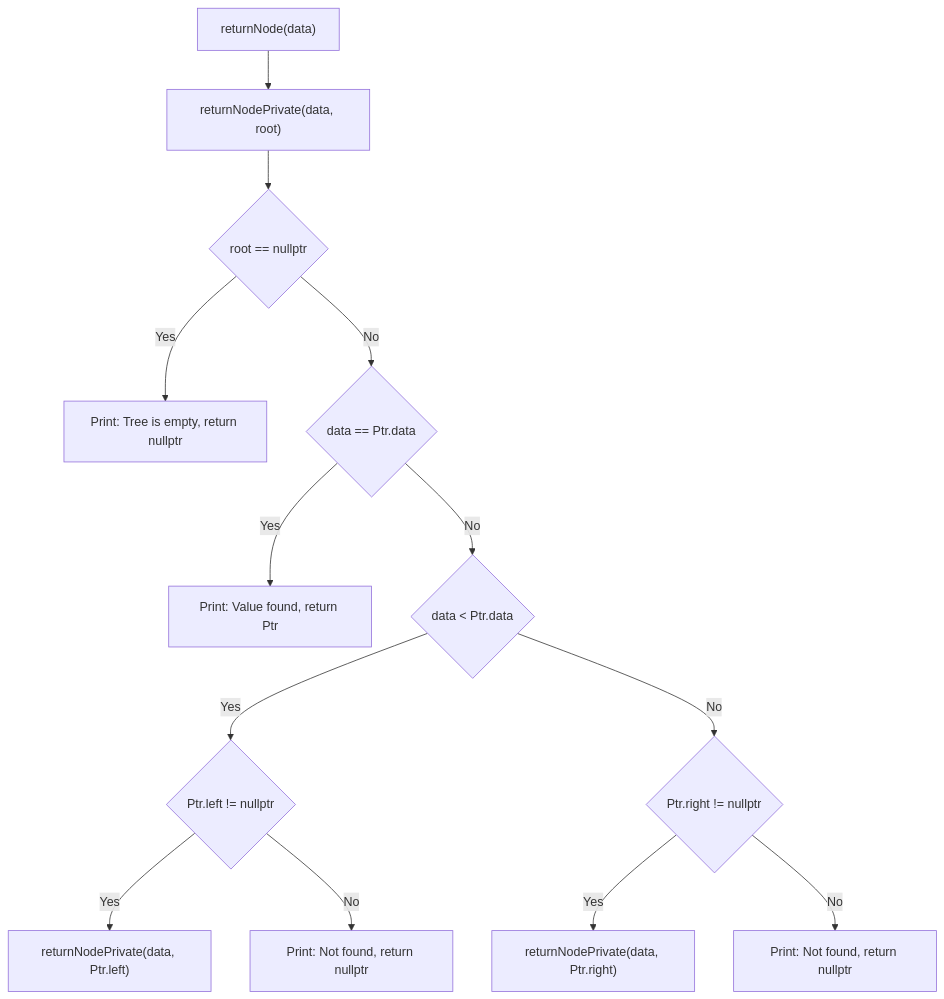
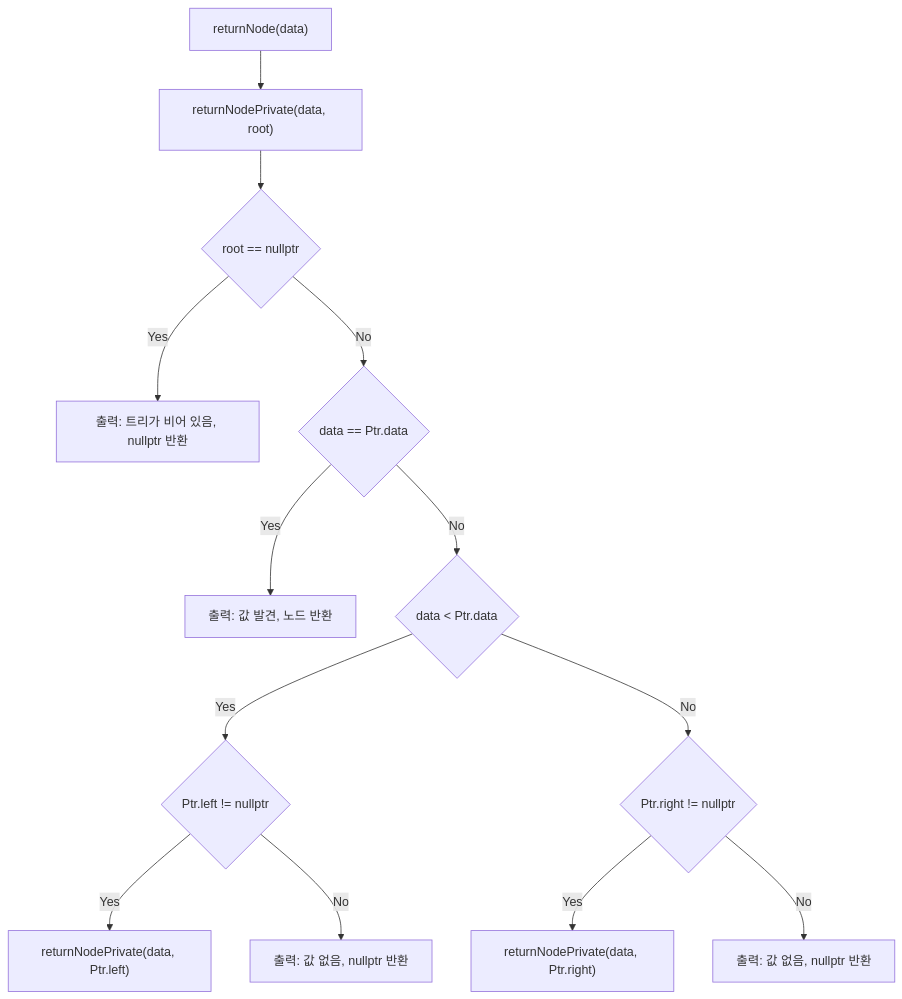
Before and after one commit to kyungsikjeung/cpptutorial: the fourth of 4 diagrams in BinarySearchTree02/README.MD, drawn with Mermaid. The commit also changed other lines of this file, not shown here.

````diff
--- a/BinarySearchTree02/README.MD
+++ b/BinarySearchTree02/README.MD
@@ -85,15 +87,15 @@
 ```mermaid
 flowchart TD
     A["returnNode(data)"] --> B["returnNodePrivate(data, root)"]
     B --> C{"root == nullptr"}
-    C -- "Yes" --> D["Print: Tree is empty, return nullptr"]
+    C -- "Yes" --> D["출력: 트리가 비어 있음, nullptr 반환"]
     C -- "No" --> E{"data == Ptr.data"}
-    E -- "Yes" --> F["Print: Value found, return Ptr"]
+    E -- "Yes" --> F["출력: 값 발견, 노드 반환"]
     E -- "No" --> G{"data < Ptr.data"}
     G -- "Yes" --> H{"Ptr.left != nullptr"}
     H -- "Yes" --> I["returnNodePrivate(data, Ptr.left)"]
-    H -- "No" --> J["Print: Not found, return nullptr"]
+    H -- "No" --> J["출력: 값 없음, nullptr 반환"]
     G -- "No" --> K{"Ptr.right != nullptr"}
     K -- "Yes" --> L["returnNodePrivate(data, Ptr.right)"]
-    K -- "No" --> M["Print: Not found, return nullptr"]
+    K -- "No" --> M["출력: 값 없음, nullptr 반환"]
 ```
````
